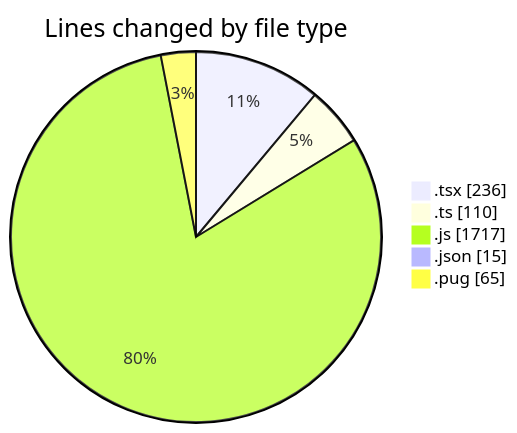
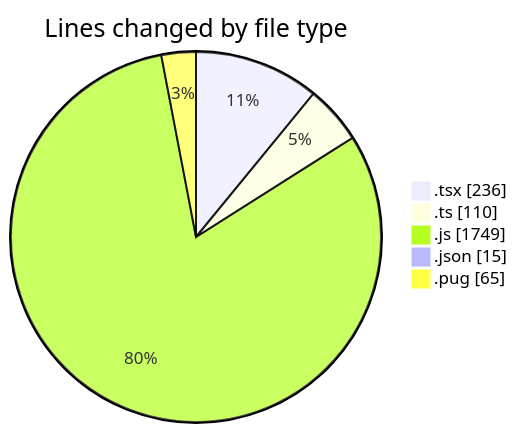
One commit to momahboobian/code-tracking changed the first of 2 diagrams in 2025-03-24/cda/README.md. Above: the diagram before and after it, drawn with Mermaid. The commit also changed other lines of this file and 1 other file, not shown here.

````diff
--- a/2025-03-24/cda/README.md
+++ b/2025-03-24/cda/README.md
@@ -30,9 +30,9 @@
 ```mermaid
 pie showData
 title Lines changed by file type
 ".tsx" : 236
 ".ts" : 110
-".js" : 1717
+".js" : 1749
 ".json" : 15
 ".pug" : 65
 ```
````
